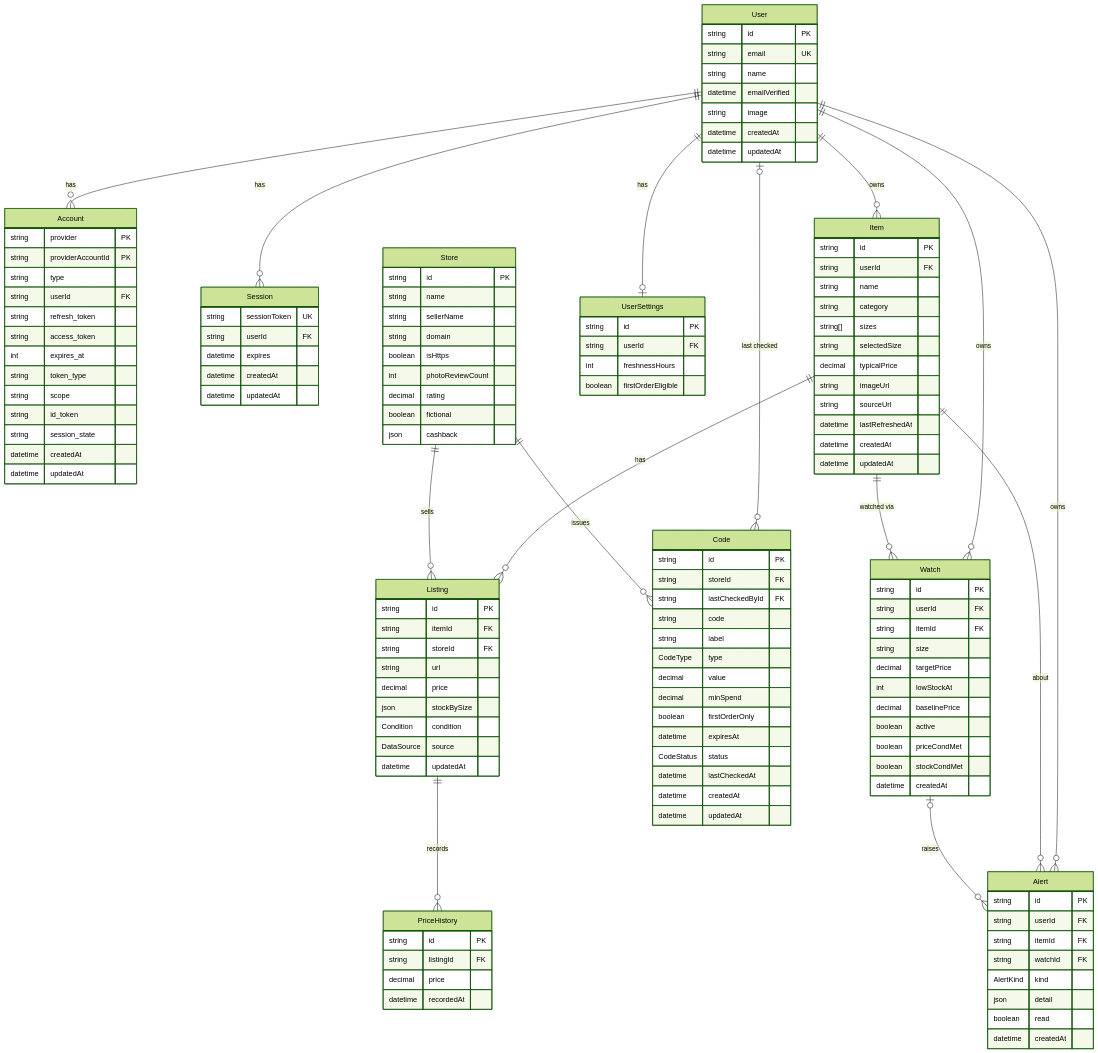
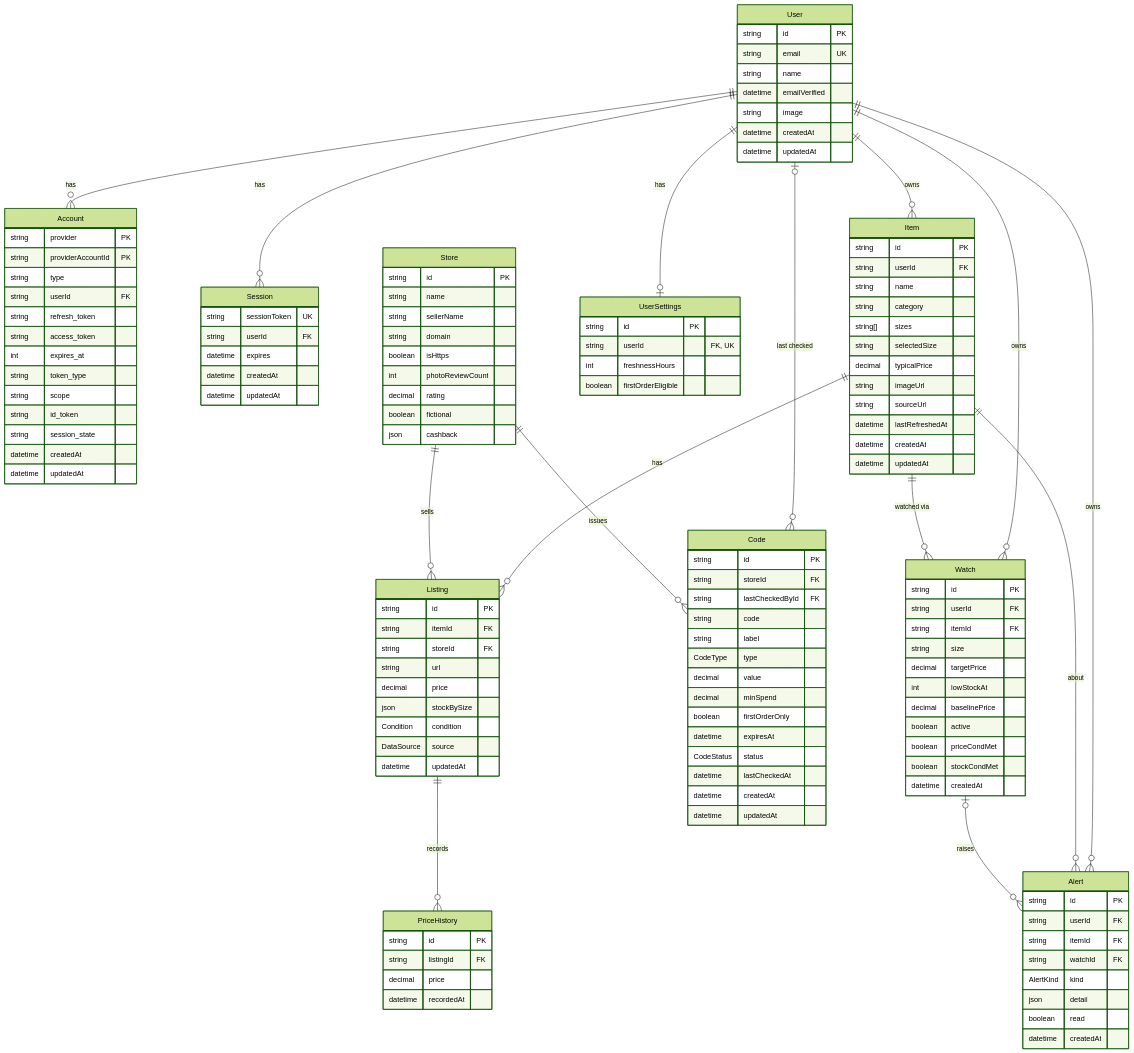
Before and after one commit to devpatel25/LootLens: the diagram in docs/schema.md, drawn with Mermaid (forest theme). The commit also changed other lines of this file and 3 other files, not shown here.

Commit message:
docs(#13): validatorUrl off, wording fixes in readme, schema and spec

```diff
--- a/docs/schema.md
+++ b/docs/schema.md
@@ -111,7 +111,7 @@
   }
   UserSettings {
     string id PK
-    string userId FK
+    string userId "FK, UK"
     int freshnessHours
     boolean firstOrderEligible
   }
```
